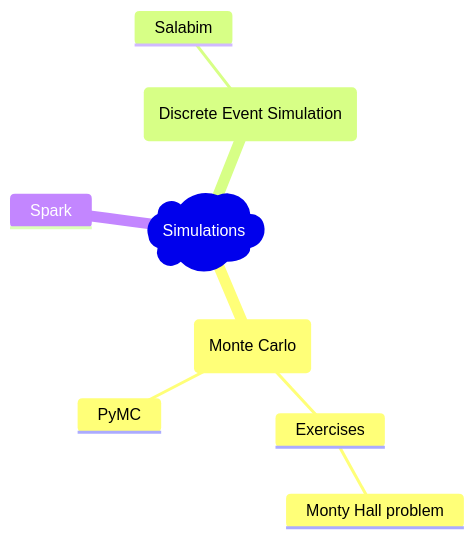
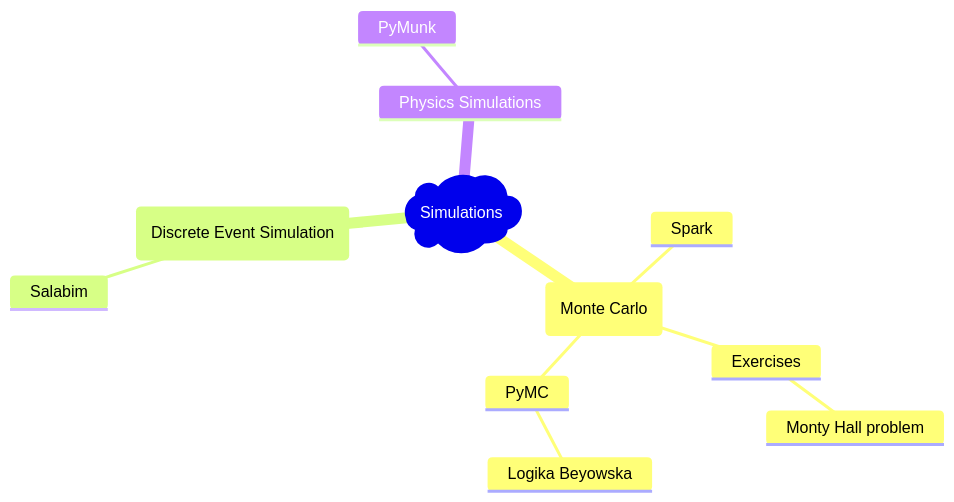
Before and after one commit to ArtRac/simulations: the diagram in README.md, drawn with Mermaid. The commit also changed other lines of this file and 2 other files, not shown here.

Commit message:
Exercise 1: Monty Hall problem

````diff
--- a/README.md
+++ b/README.md
@@ -3,11 +3,14 @@
 ```mermaid
 mindmap
     )Simulations(
         (Monte Carlo)
-                Exercises
-                    Monty Hall problem
+            Spark
+            Exercises
+                Monty Hall problem
             PyMC
+                Logika Beyowska
         (Discrete Event Simulation)
             Salabim
-        Spark
+        Physics Simulations
+            PyMunk
 ```
````
